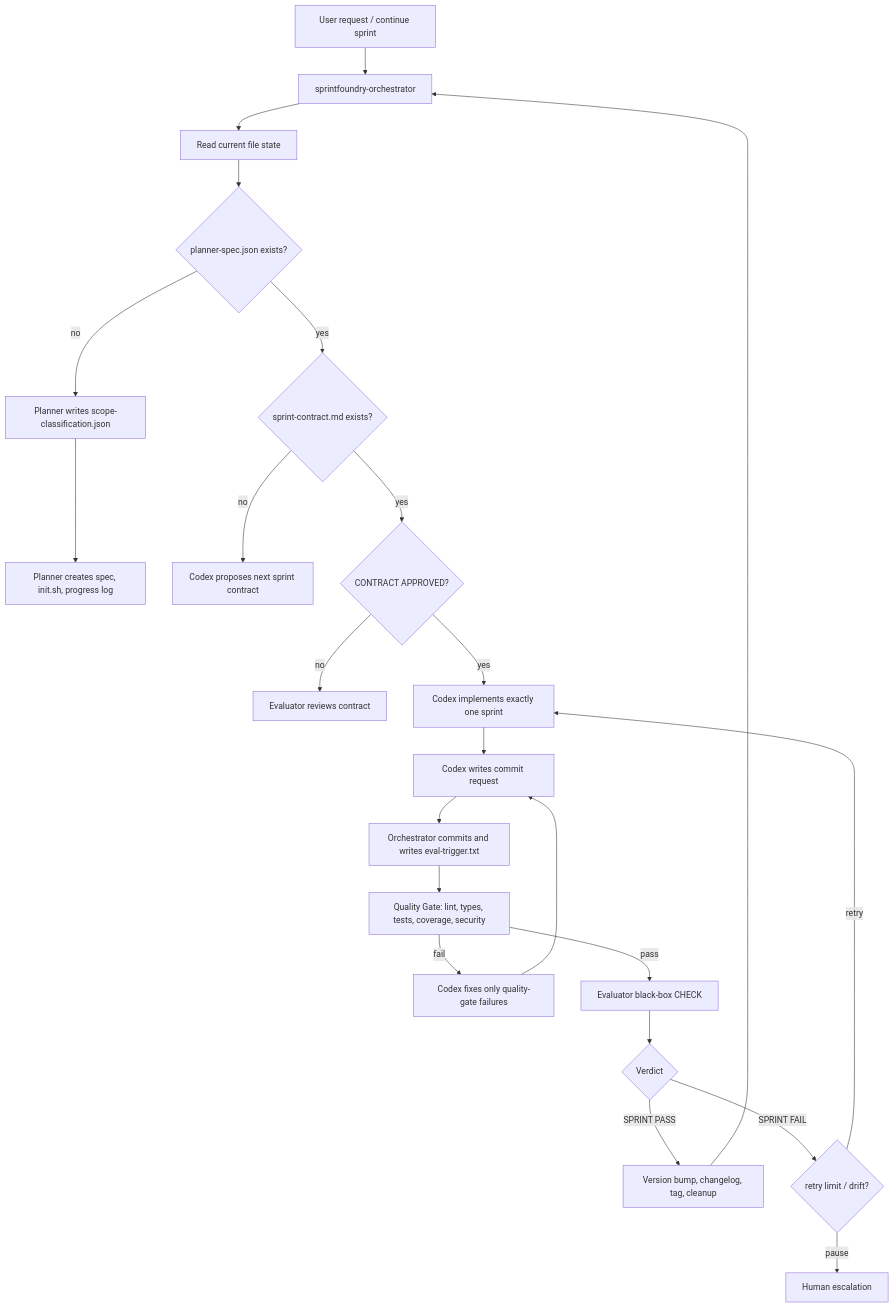
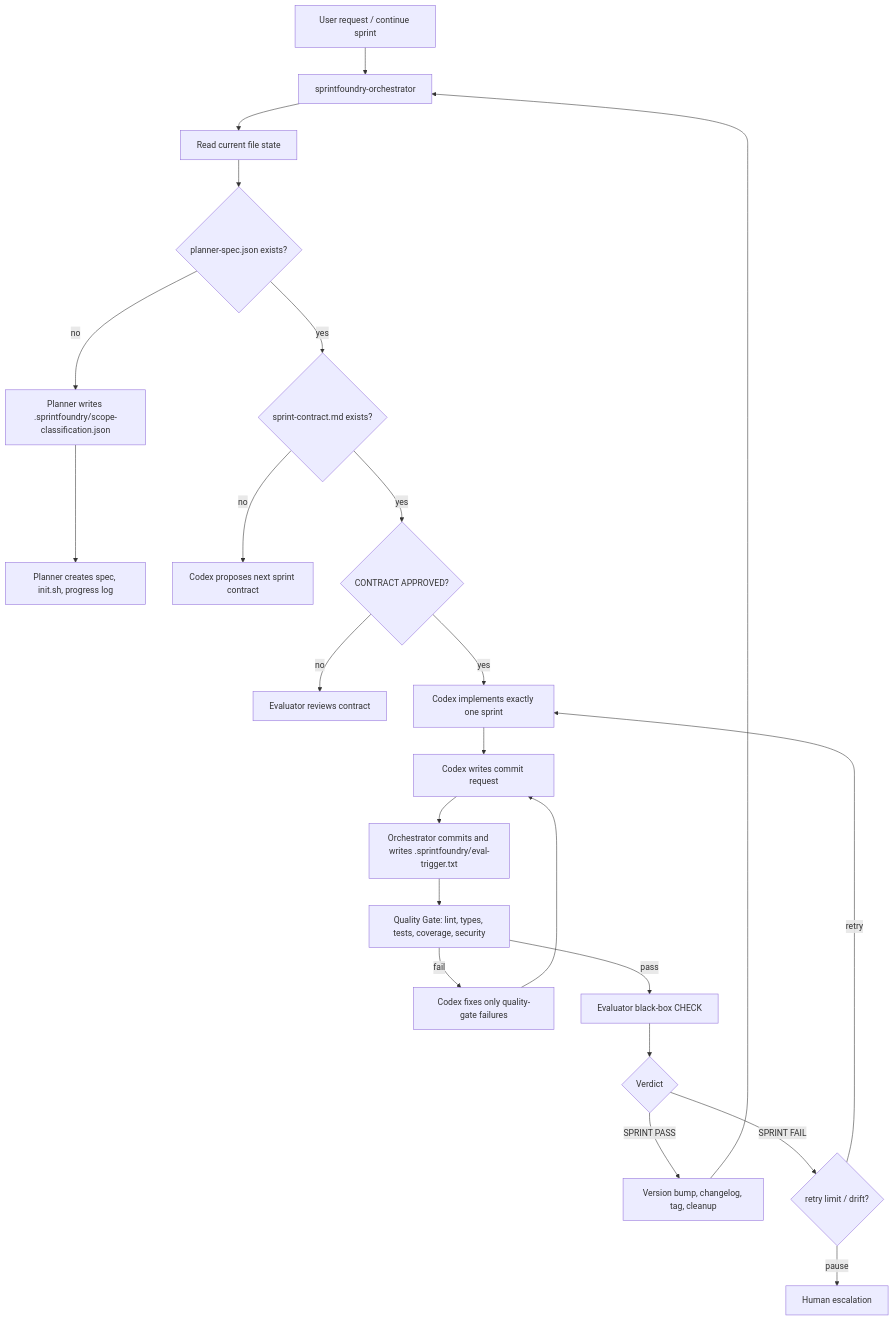
The diagram in README.md (YuSec2021/sprintfoundry), drawn with Mermaid before and after one commit. The commit also changed other lines of this file and 23 other files, not shown here.

````diff
--- a/README.md
+++ b/README.md
@@ -79,25 +79,25 @@
 ```mermaid
 flowchart TD
     A["User request / continue sprint"] --> O["sprintfoundry-orchestrator"]
     O --> S["Read current file state"]
     S --> P{"planner-spec.json exists?"}
-    P -- no --> SC["Planner writes scope-classification.json"]
+    P -- no --> SC["Planner writes .sprintfoundry/scope-classification.json"]
     SC --> PL["Planner creates spec, init.sh, progress log"]
     P -- yes --> C{"sprint-contract.md exists?"}
     C -- no --> NC["Codex proposes next sprint contract"]
     C -- yes --> A1{"CONTRACT APPROVED?"}
     A1 -- no --> CR["Evaluator reviews contract"]
     A1 -- yes --> G["Codex implements exactly one sprint"]
     G --> RQ["Codex writes commit request"]
-    RQ --> T["Orchestrator commits and writes eval-trigger.txt"]
+    RQ --> T["Orchestrator commits and writes .sprintfoundry/eval-trigger.txt"]
     T --> Q["Quality Gate: lint, types, tests, coverage, security"]
     Q -- fail --> QF["Codex fixes only quality-gate failures"]
     QF --> RQ
     Q -- pass --> E["Evaluator black-box CHECK"]
     E --> R{"Verdict"}
     R -- "SPRINT PASS" --> V["Version bump, changelog, tag, cleanup"]
     R -- "SPRINT FAIL" --> F{"retry limit / drift?"}
     F -- retry --> G
     F -- pause --> H["Human escalation"]
     V --> O
 ```
````
